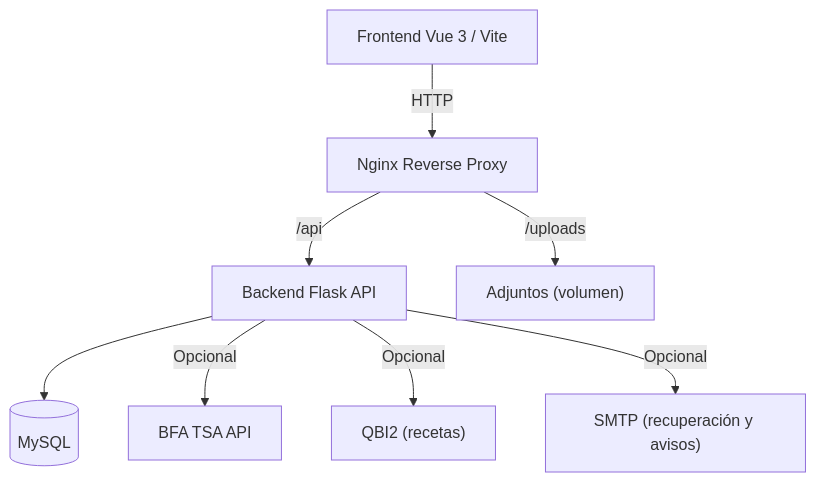
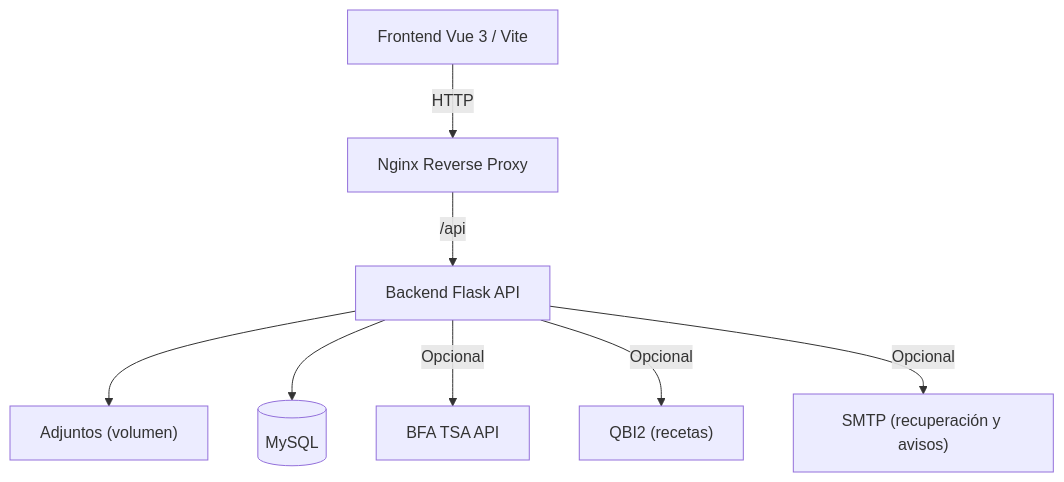
Before and after one commit to Hector-venero/Historia-Clinica-CAU-Full-API: the diagram in README.md, drawn with Mermaid. The commit also changed other lines of this file and 3 other files, not shown here.

````diff
--- a/README.md
+++ b/README.md
@@ -47,10 +48,10 @@
 ```mermaid
 graph TD
   Client["Frontend Vue 3 / Vite"] -->|HTTP| Nginx["Nginx Reverse Proxy"]
   Nginx -->|/api| Flask["Backend Flask API"]
-  Nginx -->|/uploads| Files["Adjuntos (volumen)"]
+  Flask --> Files["Adjuntos (volumen)"]
   Flask --> DB[("MySQL")]
   Flask -->|Opcional| TSA["BFA TSA API"]
   Flask -->|Opcional| QBI["QBI2 (recetas)"]
   Flask -->|Opcional| SMTP["SMTP (recuperación y avisos)"]
 ```
````
